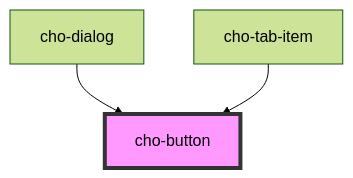
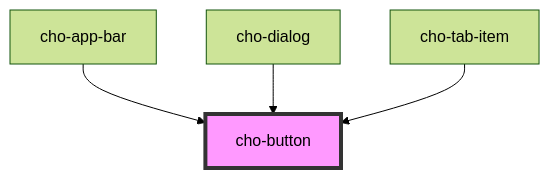
Before and after one commit to razvangeangu/cho-design-system: the diagram in packages/cho-components/src/components/inputs/button/readme.md, drawn with Mermaid (forest theme). The commit also changed other lines of this file and 10 other files, not shown here.

Commit message:
feat(#27): add app bar implementation

````diff
--- a/packages/cho-components/src/components/inputs/button/readme.md
+++ b/packages/cho-components/src/components/inputs/button/readme.md
@@ -33,6 +34,7 @@
 ```mermaid
 graph TD;
+  cho-app-bar --> cho-button
   cho-dialog --> cho-button
   cho-tab-item --> cho-button
   style cho-button fill:#f9f,stroke:#333,stroke-width:4px
 ```
````
